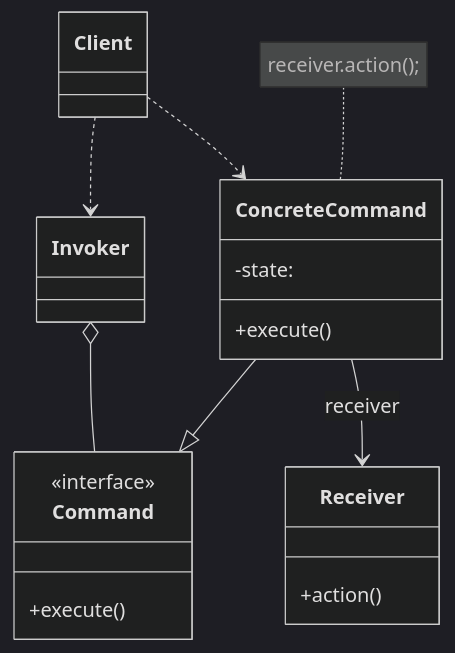
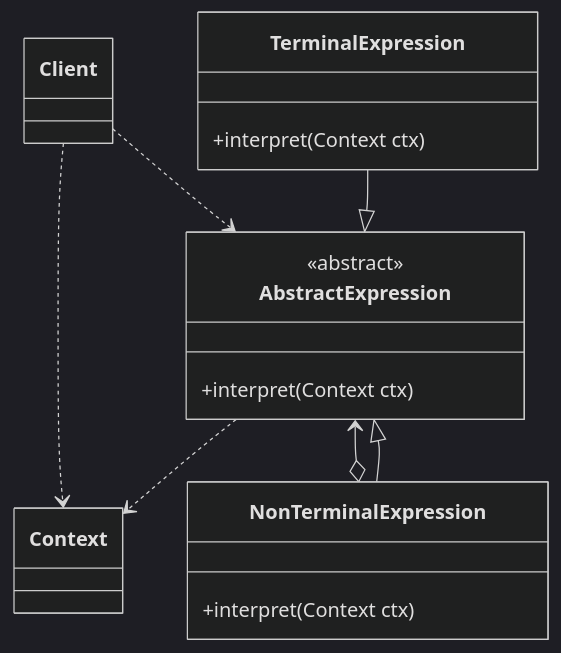
Before and after one commit to vip-willian/willian-coding-parent: the diagram in willian-coding-base/src/main/java/cn/willian/coding/designmode/behavior/interpreter/解释器模式.md, drawn with Mermaid (dark theme). The commit also changed other lines of this file and 8 other files, not shown here.

````diff
--- a/willian-coding-base/src/main/java/cn/willian/coding/designmode/behavior/interpreter/解释器模式.md
+++ b/willian-coding-base/src/main/java/cn/willian/coding/designmode/behavior/interpreter/解释器模式.md
@@ -13,46 +13,44 @@
 ```mermaid
 %% classDiagram 定义类图
 %% - 私有
 %% + 公有
 %% # 受保护
 %% ~ 包/内部
 %% $ 静态方法、静态变量
 %% * 抽象方法
 
 %% <<interface>> 接口
 %% <<abstract>> 抽象类
 %% <<service>> 服务等级
 %% <<enumeration>> 枚举
 
 %% ..> 依赖：只要在类中引用了另一个类的类，那么它们之间就是依赖关系。比如类A中有方法m，方法m的返回值类型为类B，此时，类A与类B依赖。
 %% --> 关联：相较于依赖关系，关联关系的依赖性更高。比如类A中有成员属性b，此时类A与类B关联。
 %% --o 聚合：关联性是更强的关联关系。是整体和个体的关系。但二者可分割。比如类A中有成员属性b，并且属性b通过setter赋值，此时二者就是聚合关系。
 %% *-- 组合: 关联性是更强的关联关系。是整体和部分的关系。二者不可分割。比如类A中有成员属性b，并且属性b是在类A的构造方法中赋值，此时二者就是组合关系。
 %% ..|> 实现: 类A实现了类B（接口或抽象类）
 %% -–|> 继承: 类A继承了类B
 
 classDiagram
     
 class Client    
-class Invoker    
+class Context    
 
-class Command{
-    <<interface>>
-    +execute()
+class AbstractExpression{
+    <<abstract>>
+    +interpret(Context ctx)
 }
-class ConcreteCommand{
-    -state:
-    +execute()
+class TerminalExpression{
+    +interpret(Context ctx)
 }
-class Receiver{
-    +action()
+class NonTerminalExpression{
+    +interpret(Context ctx)
 }
 
-Client ..> Invoker
-Client ..> ConcreteCommand
-Invoker o-- Command
-
-ConcreteCommand --|> Command
-ConcreteCommand --> Receiver : receiver
-note for ConcreteCommand "receiver.action();"
+AbstractExpression ..> Context
+TerminalExpression --|> AbstractExpression
+NonTerminalExpression --|> AbstractExpression
+AbstractExpression <--o NonTerminalExpression
+Client ..> Context
+Client ..> AbstractExpression
 ```
````
